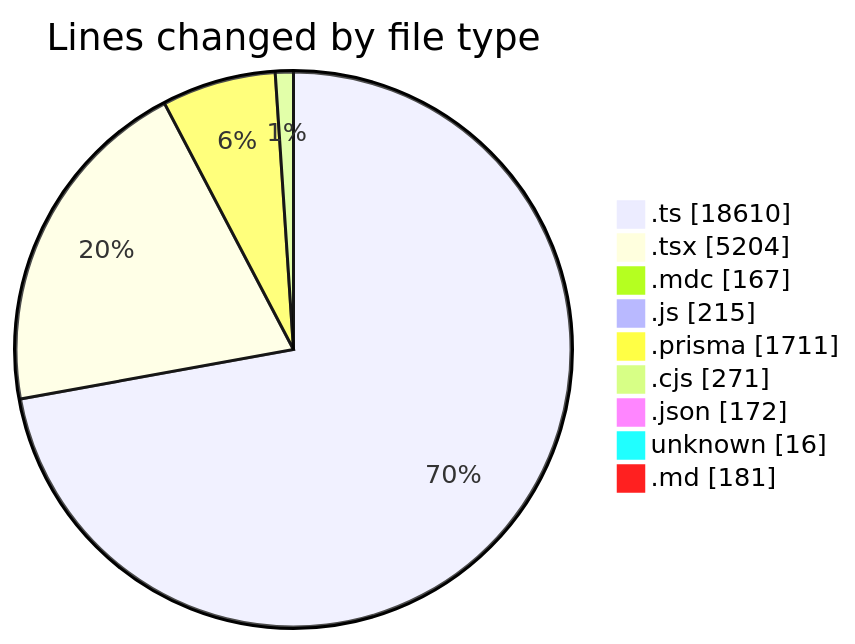
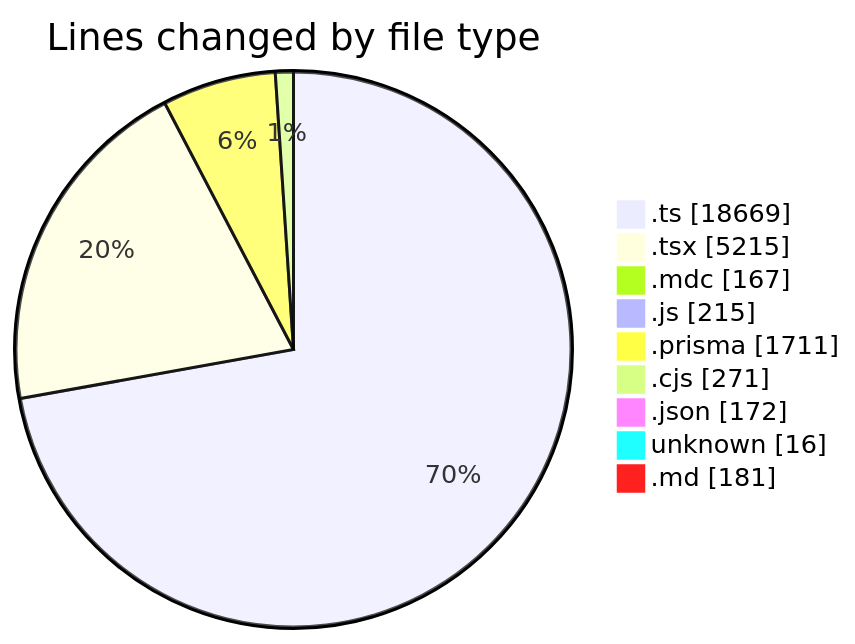
Before and after one commit to CELIANVF/code-tracking: the first of 2 diagrams in 2025-06-06/ecodeli-1/README.md, drawn with Mermaid. The commit also changed other lines of this file and 1 other file, not shown here.

````diff
--- a/2025-06-06/ecodeli-1/README.md
+++ b/2025-06-06/ecodeli-1/README.md
@@ -97,13 +98,13 @@
 ```mermaid
 pie showData
 title Lines changed by file type
-".ts" : 18610
-".tsx" : 5204
+".ts" : 18669
+".tsx" : 5215
 ".mdc" : 167
 ".js" : 215
 ".prisma" : 1711
 ".cjs" : 271
 ".json" : 172
 "unknown" : 16
 ".md" : 181
 ```
````
